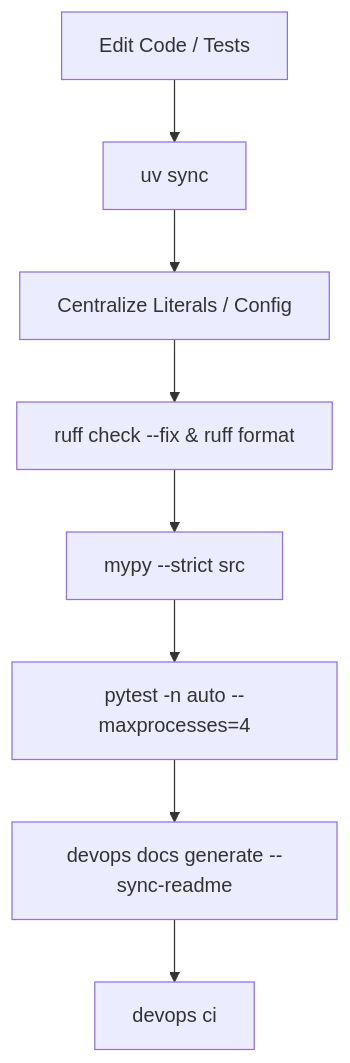
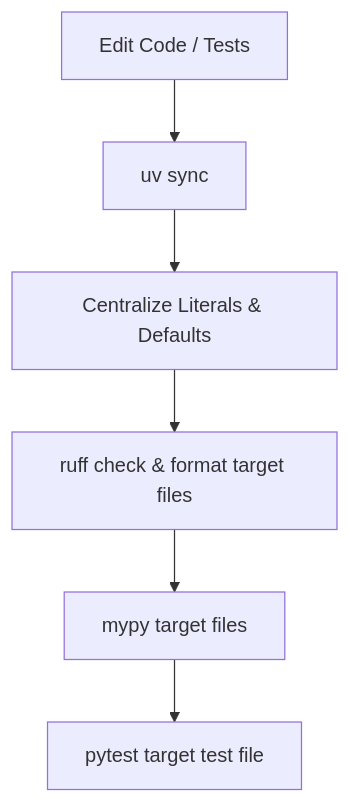
One commit to dan-petty/devops-cli changed the first of 3 diagrams in docs/ROUTINE_TASKS.md. Above: the diagram before and after it, drawn with Mermaid. The commit also changed other lines of this file and 20 other files, not shown here.

````diff
--- a/docs/ROUTINE_TASKS.md
+++ b/docs/ROUTINE_TASKS.md
@@ -57,10 +57,8 @@
 ```mermaid
 flowchart TD
     A[Edit Code / Tests] --> B[uv sync]
-    B --> C[Centralize Literals / Config]
-    C --> D[ruff check --fix & ruff format]
-    D --> E[mypy --strict src]
-    E --> F[pytest -n auto --maxprocesses=4]
-    F --> G[devops docs generate --sync-readme]
-    G --> H[devops ci]
+    B --> C[Centralize Literals & Defaults]
+    C --> D[ruff check & format target files]
+    D --> E[mypy target files]
+    E --> F[pytest target test file]
 ```
````
